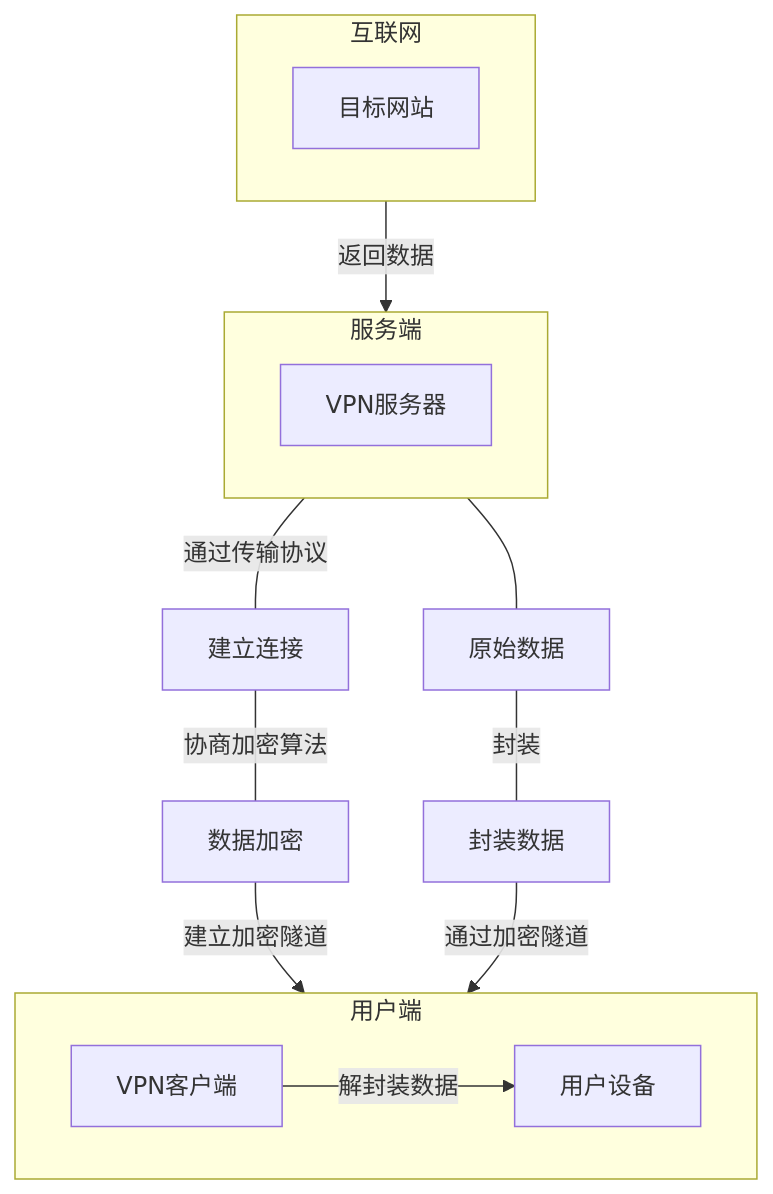
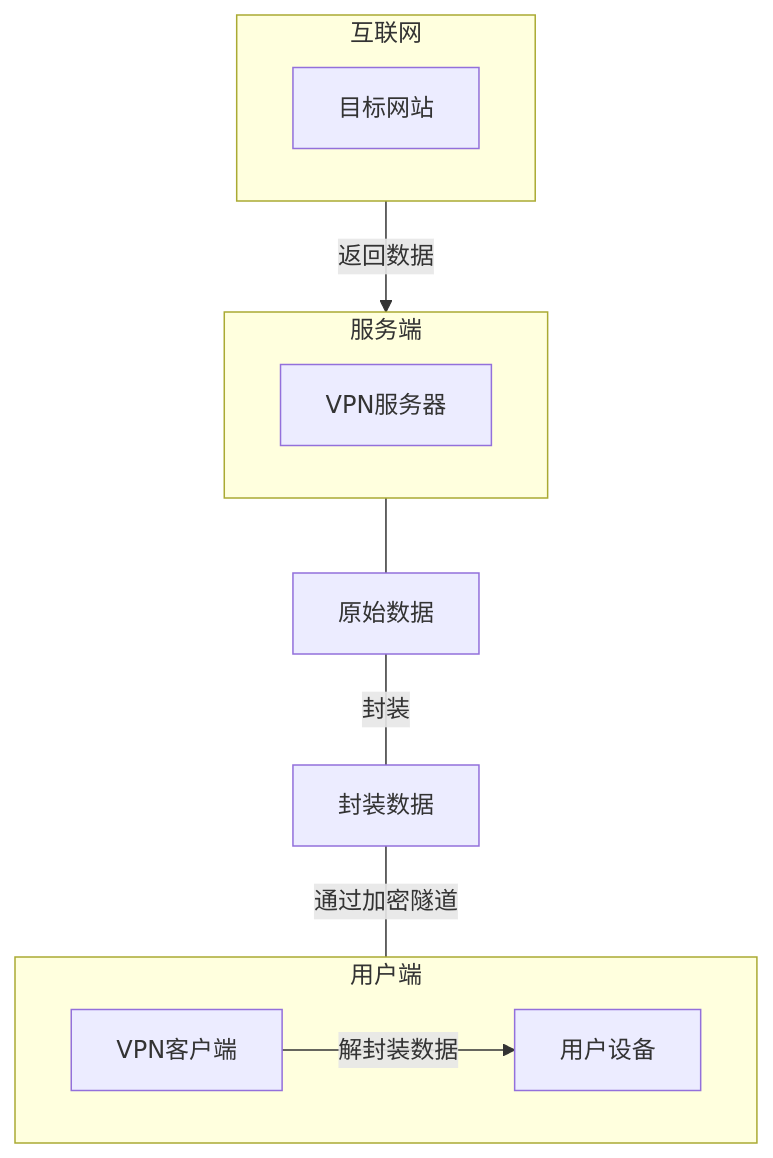
Before and after one commit to baib-web/flowershow: the third of 3 diagrams in content/🛜科学上网/翻墙协议讲解.md, drawn with Mermaid. The commit also changed other lines of this file, not shown here.

Commit message:
Update content content/🛜科学上网/翻墙协议讲解.md

````diff
--- a/content/🛜科学上网/翻墙协议讲解.md
+++ b/content/🛜科学上网/翻墙协议讲解.md
@@ -295,43 +295,34 @@
 ```mermaid
+
 graph TD
 
 subgraph 用户端
 
 A[用户设备]
 
 B[VPN客户端]
 
 end
-
-C[建立连接]
-
-D[数据加密]
 
 subgraph 服务端
 
 G[VPN服务器]
 
 end
 
 subgraph 互联网
 
 目标网站
 
 end
 
 B -->|解封装数据| A
 
- D--> |建立加密隧道|用户端
+服务端 --- 原始数据
 
-C ---|协商加密算法|D 
+原始数据 ---|封装| 封装数据
 
-服务端 --- |通过传输协议|C
-
-
- 封装数据--> |通过加密隧道|用户端
-
- 服务端 --- 原始数据
- 原始数据 ---|封装| 封装数据
+封装数据 --- |通过加密隧道|用户端
 
 互联网 --> |返回数据|服务端
 ```
````
